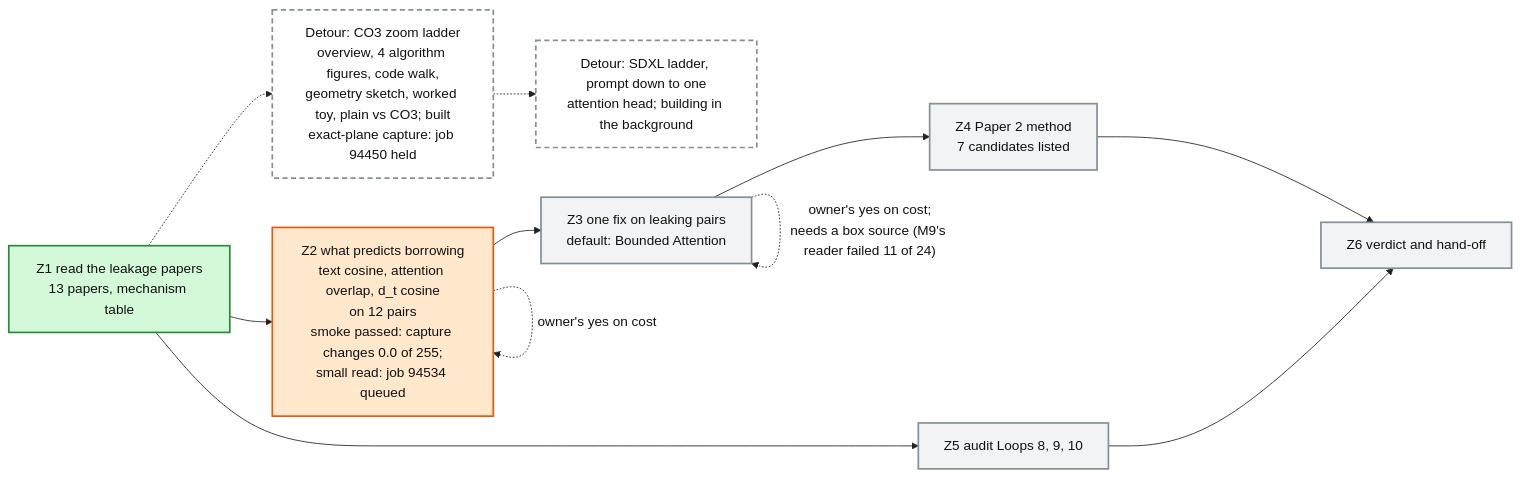
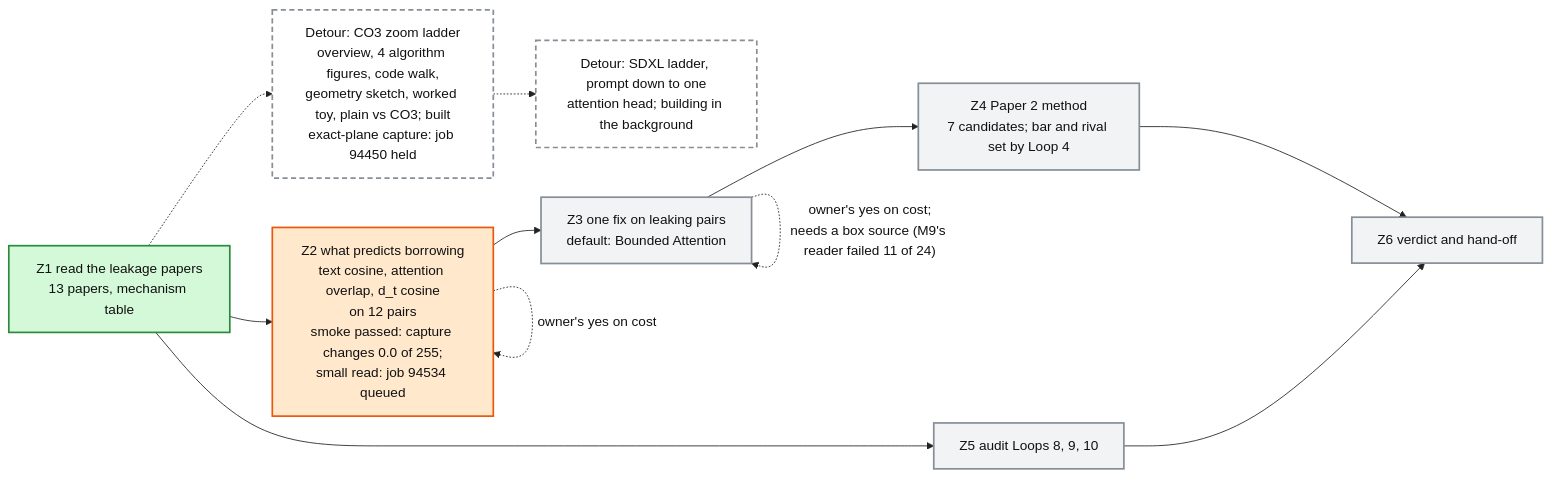
One commit to mo-rsa24/concept-composition changed the diagram in artifacts/notes/progress/leakage/loop-12-progress.mmd. Above: the diagram before and after it, drawn with Mermaid. The commit also changed 1 other file, not shown here.

Commit message:
Loop 12 map: Z4 bar set

```diff
--- a/artifacts/notes/progress/leakage/loop-12-progress.mmd
+++ b/artifacts/notes/progress/leakage/loop-12-progress.mmd
@@ -1,20 +1,20 @@
 %%{init: {'theme': 'base', 'themeVariables': {'fontFamily': 'monospace', 'primaryColor': '#ffffff', 'primaryBorderColor': '#222222', 'primaryTextColor': '#111111', 'lineColor': '#222222'}}}%%
 flowchart LR
   Z1["Z1 read the leakage papers<br/>13 papers, mechanism table"]:::done
   Z2["Z2 what predicts borrowing<br/>text cosine, attention overlap, d_t cosine<br/>on 12 pairs<br/>smoke passed: capture changes 0.0 of 255;<br/>small read: job 94534 queued"]:::doing
   Z3["Z3 one fix on leaking pairs<br/>default: Bounded Attention"]:::todo
-  Z4["Z4 Paper 2 method<br/>7 candidates listed"]:::todo
+  Z4["Z4 Paper 2 method<br/>7 candidates; bar and rival set by Loop 4"]:::todo
   Z5["Z5 audit Loops 8, 9, 10"]:::todo
   Z6["Z6 verdict and hand-off"]:::todo
   LAD["Detour: CO3 zoom ladder<br/>overview, 4 algorithm figures, code walk,<br/>geometry sketch, worked toy, plain vs CO3; built<br/>exact-plane capture: job 94450 held"]:::detour
   Z1 -.-> LAD
   SDX["Detour: SDXL ladder, prompt down to one<br/>attention head; building in the background"]:::detour
   LAD -.-> SDX
   Z1 --> Z2 --> Z3 --> Z4 --> Z6
   Z1 --> Z5 --> Z6
   Z2 -. "owner's yes on cost" .-> Z2
   Z3 -. "owner's yes on cost;<br/>needs a box source (M9's reader failed 11 of 24)" .-> Z3
   classDef done fill:#d3f9d8,stroke:#2b8a3e,stroke-width:2px
   classDef doing fill:#ffe8cc,stroke:#e8590c,stroke-width:2px
   classDef detour fill:#ffffff,stroke:#868e96,stroke-width:2px,stroke-dasharray: 6 4
   classDef todo fill:#f1f3f5,stroke:#868e96,stroke-width:2px
```
